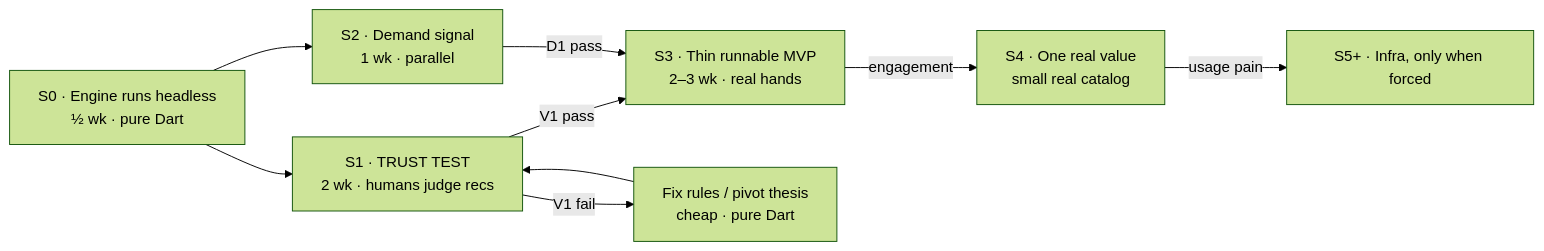
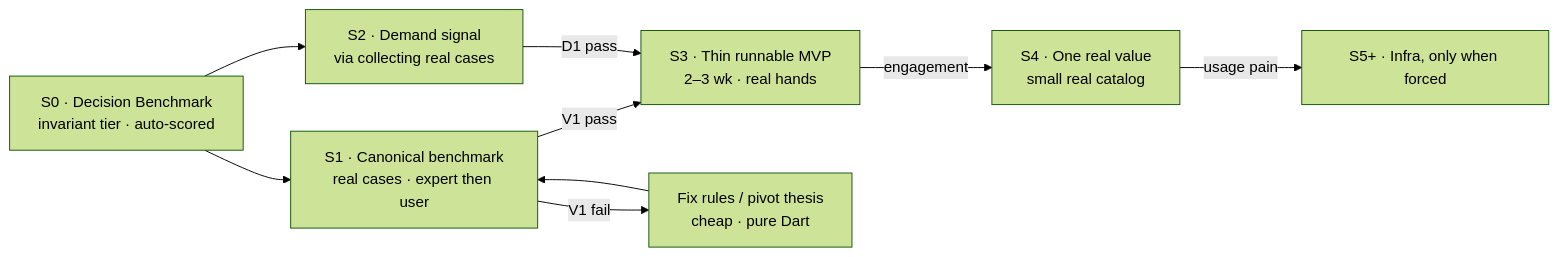
Before and after one commit to kalifah57/Furn-App: the diagram in docs/cto_roadmap.md, drawn with Mermaid (forest theme). The commit also changed other lines of this file and 7 other files, not shown here.

First line of the commit message:
feat(benchmark): pivot S0 from trust-harness to Decision Benchmark

````diff
--- a/docs/cto_roadmap.md
+++ b/docs/cto_roadmap.md
@@ -48,11 +48,11 @@
 ```mermaid
 flowchart LR
-  S0[S0 · Engine runs headless<br/>½ wk · pure Dart] --> S1[S1 · TRUST TEST<br/>2 wk · humans judge recs]
-  S0 --> S2[S2 · Demand signal<br/>1 wk · parallel]
+  S0[S0 · Decision Benchmark<br/>invariant tier · auto-scored] --> S1[S1 · Canonical benchmark<br/>real cases · expert then user]
+  S0 --> S2[S2 · Demand signal<br/>via collecting real cases]
   S1 -->|V1 pass| S3[S3 · Thin runnable MVP<br/>2–3 wk · real hands]
   S2 -->|D1 pass| S3
   S1 -->|V1 fail| FIX[Fix rules / pivot thesis<br/>cheap · pure Dart]
   FIX --> S1
   S3 -->|engagement| S4[S4 · One real value<br/>small real catalog]
   S4 -->|usage pain| S5[S5+ · Infra, only when forced]
 ```
````
